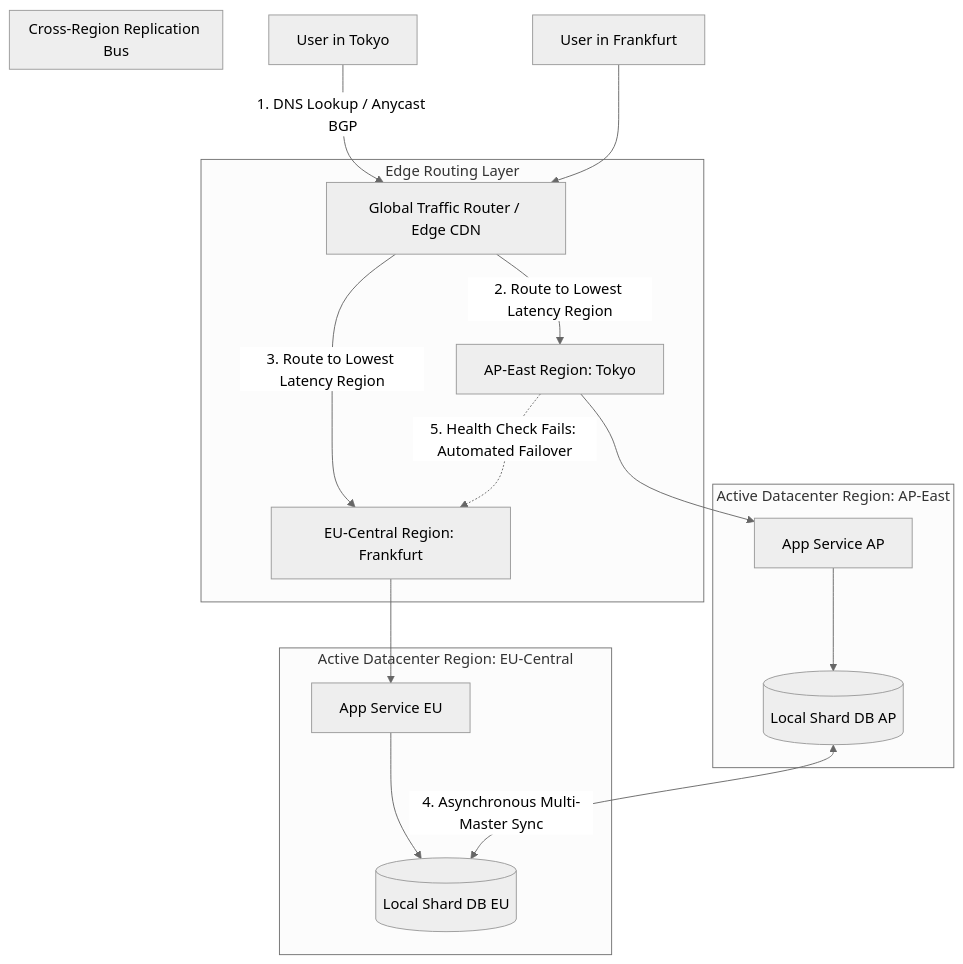
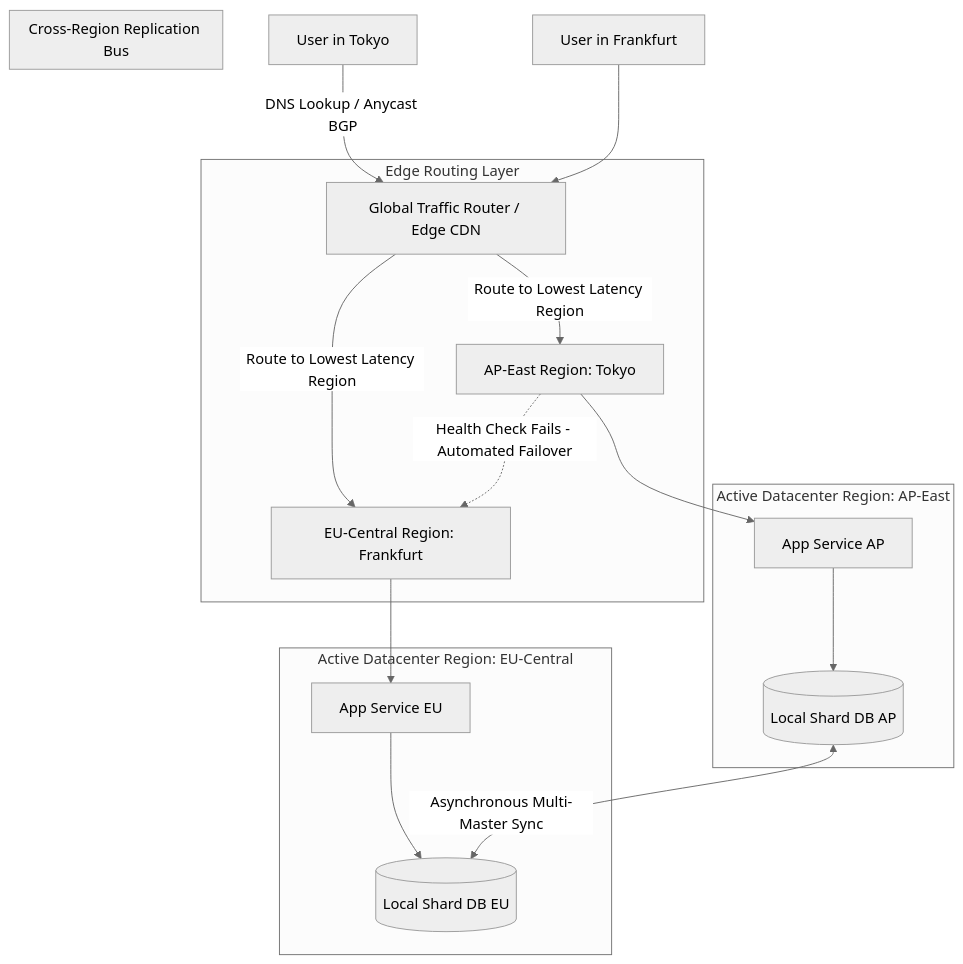
The diagram in blog/posts/multi-region-active-active-deployments-global-traffic-routing.md (akmalkhaniub/akmalkhaniub.github.io), drawn with Mermaid (neutral theme) before and after one commit. The commit also changed 411 other files, not shown here.

````diff
--- a/blog/posts/multi-region-active-active-deployments-global-traffic-routing.md
+++ b/blog/posts/multi-region-active-active-deployments-global-traffic-routing.md
@@ -17,26 +17,26 @@
 ```mermaid
-graph TD
-  Client1[User in Tokyo] -->|1. DNS Lookup / Anycast BGP| Router[Global Traffic Router / Edge CDN]
+flowchart TD
+  Client1[User in Tokyo] -->|DNS Lookup / Anycast BGP| Router[Global Traffic Router / Edge CDN]
   Client2[User in Frankfurt] --> Router
   
   subgraph SG1_EdgeRoutingLayer ["Edge Routing Layer"]
-    Router -->|2. Route to Lowest Latency Region| RegionAP[AP-East Region: Tokyo]
-    Router -->|3. Route to Lowest Latency Region| RegionEU[EU-Central Region: Frankfurt]
+    Router -->|Route to Lowest Latency Region| RegionAP[AP-East Region: Tokyo]
+    Router -->|Route to Lowest Latency Region| RegionEU[EU-Central Region: Frankfurt]
   end
   
   subgraph SG2_ActiveDatacenterRegion ["Active Datacenter Region: AP-East"]
     RegionAP --> AppAP[App Service AP]
     AppAP --> DBAP[(Local Shard DB AP)]
   end
   
   subgraph SG3_ActiveDatacenterRegion ["Active Datacenter Region: EU-Central"]
     RegionEU --> AppEU[App Service EU]
     AppEU --> DBEU[(Local Shard DB EU)]
   end
   
   subgraph SG4_CrossRegionReplication ["Cross-Region Replication Bus"]
-    DBAP <-->|4. Asynchronous Multi-Master Sync| DBEU
+    DBAP <-->|Asynchronous Multi-Master Sync| DBEU
   end
   
-  RegionAP -.->|5. Health Check Fails: Automated Failover| RegionEU
+  RegionAP -.->|Health Check Fails - Automated Failover| RegionEU
 ```
````
